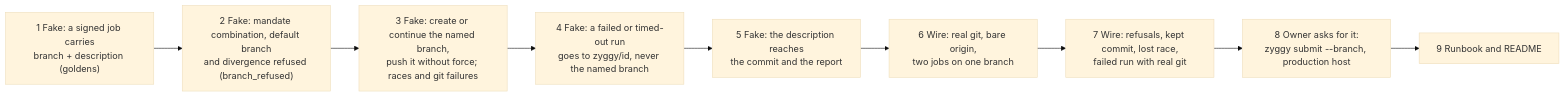
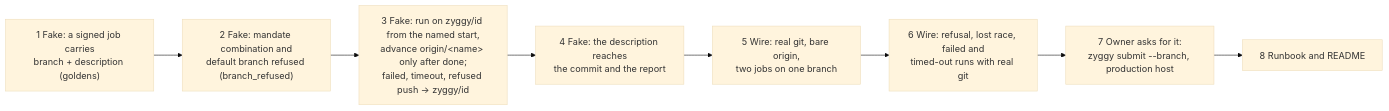
One commit to zyggy-org/zyggy changed the fifth of 5 diagrams in _specs/53-job-branch-name.md. Above: the diagram before and after it, drawn with Mermaid (base theme). The commit also changed other lines of this file, not shown here.

Commit message:
zyggy job 01M7MXV2G55EM7ABCWAE092FNJ

````diff
--- a/_specs/53-job-branch-name.md
+++ b/_specs/53-job-branch-name.md
@@ -156,11 +150,10 @@
 ```mermaid
 flowchart LR
-  s1["1 Fake: a signed job carries<br/>branch + description (goldens)"] --> s2["2 Fake: mandate combination, default branch<br/>and divergence refused (branch_refused)"]
-  s2 --> s3["3 Fake: create or continue the named branch,<br/>push it without force; races and git failures"]
-  s3 --> s4["4 Fake: a failed or timed-out run<br/>goes to zyggy/id, never the named branch"]
-  s4 --> s5["5 Fake: the description reaches<br/>the commit and the report"]
-  s5 --> s6["6 Wire: real git, bare origin,<br/>two jobs on one branch"]
-  s6 --> s7["7 Wire: refusals, kept commit, lost race,<br/>failed run with real git"]
-  s7 --> s8["8 Owner asks for it:<br/>zyggy submit --branch, production host"]
-  s8 --> s9["9 Runbook and README"]
+  s1["1 Fake: a signed job carries<br/>branch + description (goldens)"] --> s2["2 Fake: mandate combination and<br/>default branch refused (branch_refused)"]
+  s2 --> s3["3 Fake: run on zyggy/id from the named start,<br/>advance origin/&lt;name&gt; only after done;<br/>failed, timeout, refused push → zyggy/id"]
+  s3 --> s4["4 Fake: the description reaches<br/>the commit and the report"]
+  s4 --> s5["5 Wire: real git, bare origin,<br/>two jobs on one branch"]
+  s5 --> s6["6 Wire: refusal, lost race, failed and<br/>timed-out runs with real git"]
+  s6 --> s7["7 Owner asks for it:<br/>zyggy submit --branch, production host"]
+  s7 --> s8["8 Runbook and README"]
 ```
````
